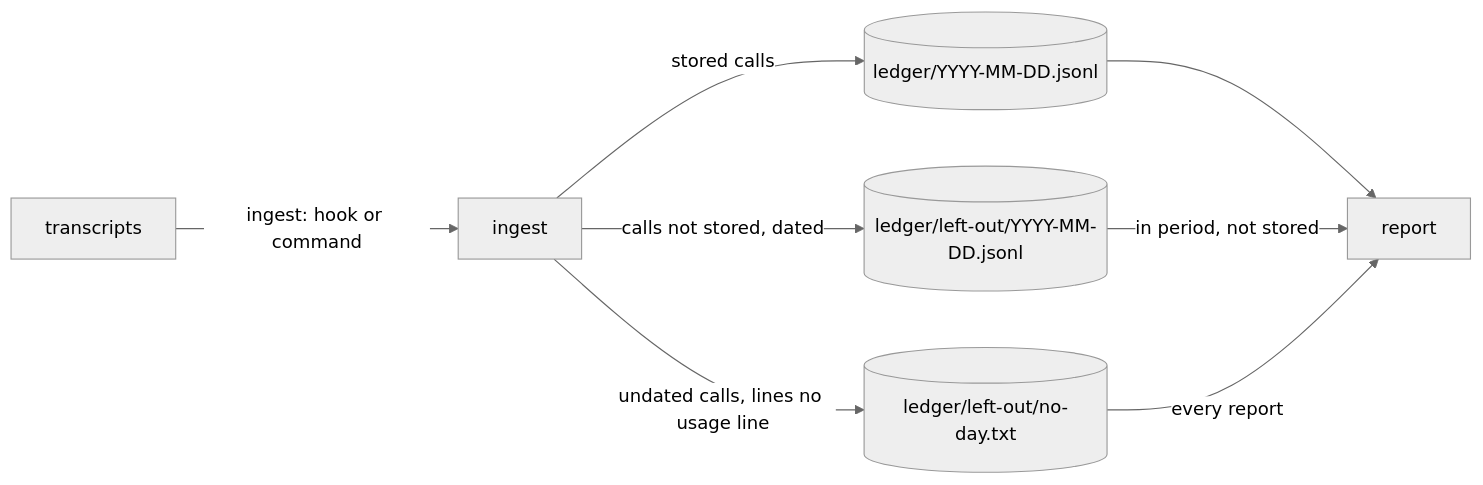
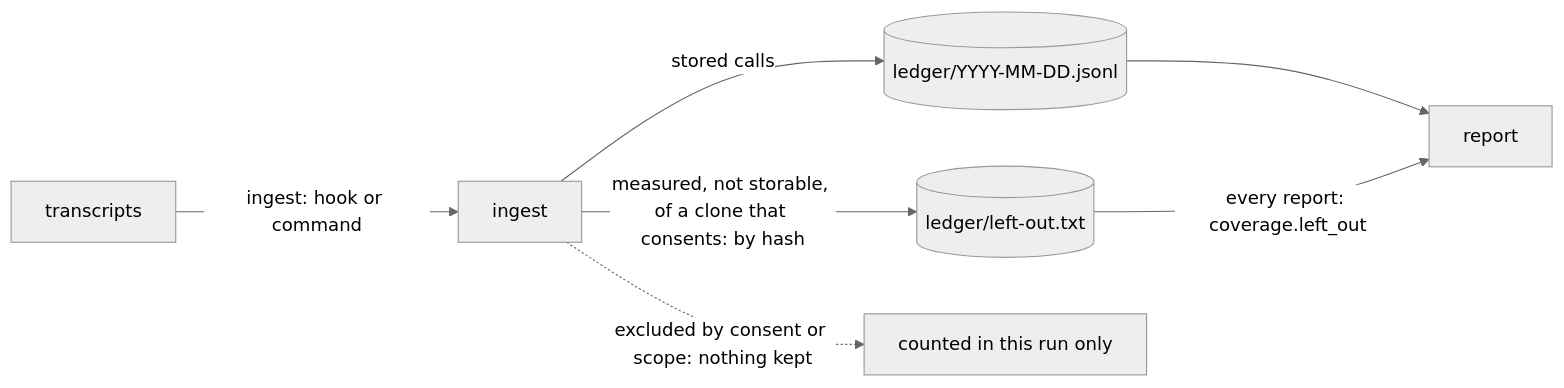
One commit to ai-driven-dev/framework changed the diagram in aidd_docs/tasks/2026_10/2026_10_16_nothing-is-lost-silently/contract.md. Above: the diagram before and after it, drawn with Mermaid (neutral theme). The commit also changed other lines of this file and 32 other files, not shown here.

First line of the commit message:
fix(telemetry): keep only what was measured, and only by hash

````diff
--- a/aidd_docs/tasks/2026_10/2026_10_16_nothing-is-lost-silently/contract.md
+++ b/aidd_docs/tasks/2026_10/2026_10_16_nothing-is-lost-silently/contract.md
@@ -18,10 +18,9 @@
 ```mermaid
 flowchart LR
   T["transcripts"] -->|"ingest: hook or command"| I["ingest"]
   I -->|"stored calls"| L[("ledger/YYYY-MM-DD.jsonl")]
-  I -->|"calls not stored, dated"| D[("ledger/left-out/YYYY-MM-DD.jsonl")]
-  I -->|"undated calls, lines no usage line"| N[("ledger/left-out/no-day.txt")]
+  I -->|"measured, not storable, of a clone that consents: by hash"| N[("ledger/left-out.txt")]
+  I -.->|"excluded by consent or scope: nothing kept"| X["counted in this run only"]
   L --> R["report"]
-  D -->|"in period, not stored"| R
-  N -->|"every report"| R
+  N -->|"every report: coverage.left_out"| R
 ```
````
